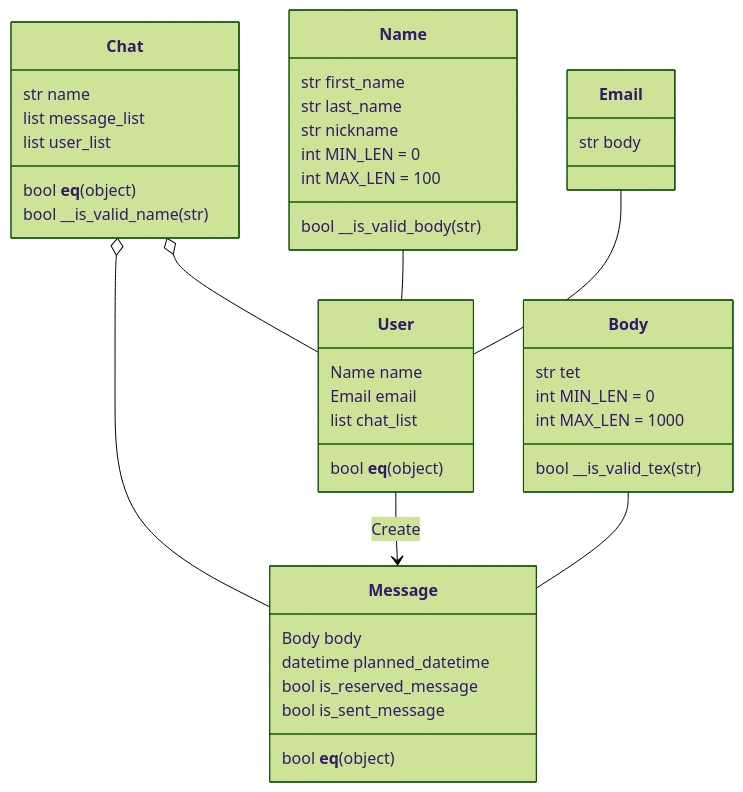
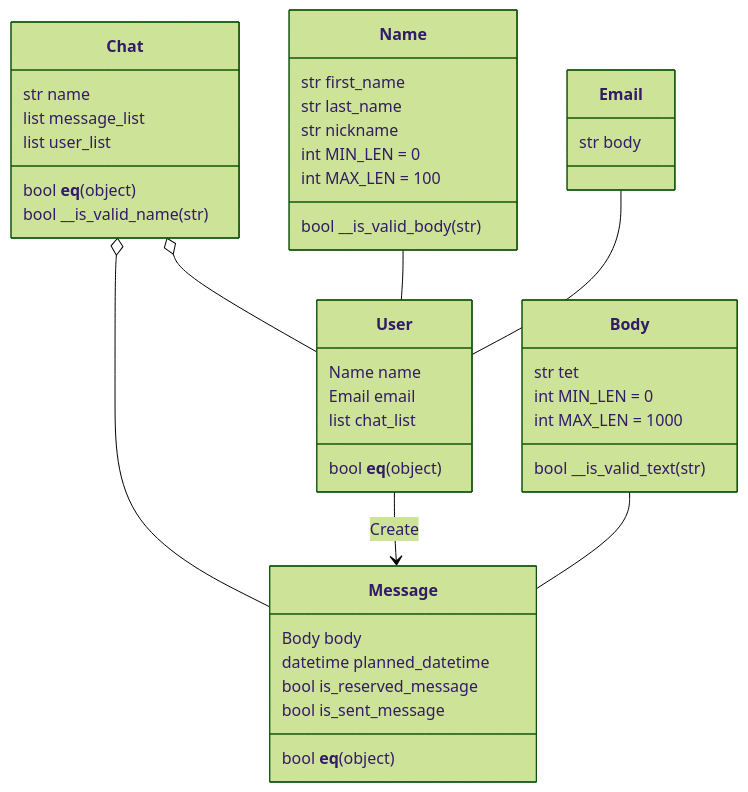
The diagram in doc/class_model.md (agile-native-panda/DDD-Challenge-2022), drawn with Mermaid (forest theme) before and after one commit.

Commit message:
誤字を修正

````diff
--- a/doc/class_model.md
+++ b/doc/class_model.md
@@ -1,50 +1,50 @@
 ```mermaid
 classDiagram
 class User {
     Name name
     Email email
     list chat_list
     bool __eq__(object)
 }
 
 class Name {
     str first_name
     str last_name
     str nickname
     int MIN_LEN = 0
     int MAX_LEN = 100
     bool __is_valid_body(str)
 }
 
 class Email {
     str body
 }
 class Chat {
     str name
     list message_list
     list user_list
 
     bool __eq__(object)
     bool __is_valid_name(str)   
 }
 
 class Message {
     Body body
     datetime planned_datetime
     bool is_reserved_message
     bool is_sent_message
     bool __eq__(object)
 }
 class Body{
     str tet
     int MIN_LEN = 0
     int MAX_LEN = 1000
-    bool __is_valid_tex(str)
+    bool __is_valid_text(str)
 }
 Chat o-- User
 Chat o-- Message
 User --> Message: Create
 Name -- User
 Email -- User
 Body -- Message
 ```
````
